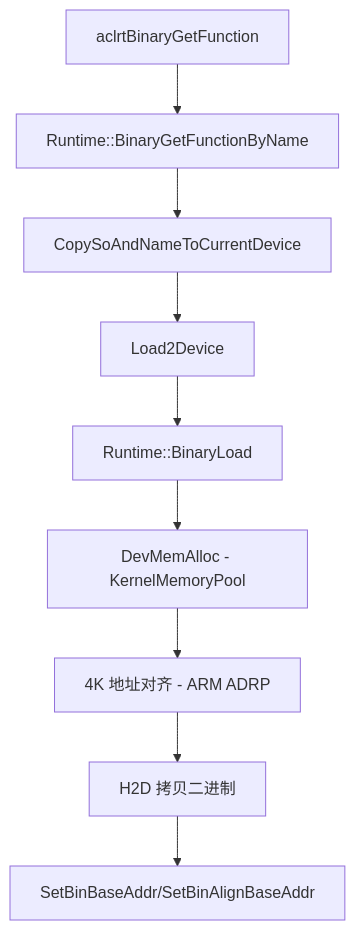
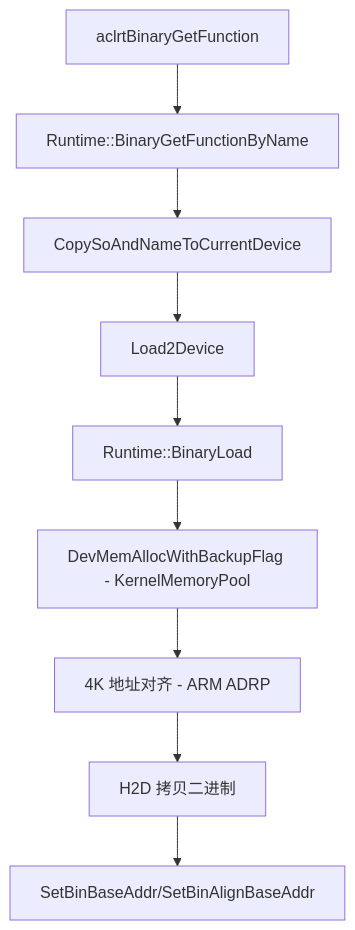
The seventh of 9 diagrams in docs/zh/design/modules/kernel/kernel.md (hicann/runtime), drawn with Mermaid before and after one commit. The commit also changed other lines of this file and 101 other files, not shown here.

````diff
--- a/docs/zh/design/modules/kernel/kernel.md
+++ b/docs/zh/design/modules/kernel/kernel.md
@@ -296,11 +296,11 @@
 ```mermaid
 flowchart TD
     A[aclrtBinaryGetFunction] --> B[Runtime::BinaryGetFunctionByName]
     B --> C[CopySoAndNameToCurrentDevice]
     C --> D[Load2Device]
     D --> E[Runtime::BinaryLoad]
-    E --> F[DevMemAlloc - KernelMemoryPool]
+    E --> F[DevMemAllocWithBackupFlag - KernelMemoryPool]
     F --> G[4K 地址对齐 - ARM ADRP]
     G --> H[H2D 拷贝二进制]
     H --> I[SetBinBaseAddr/SetBinAlignBaseAddr]
 ```
````
